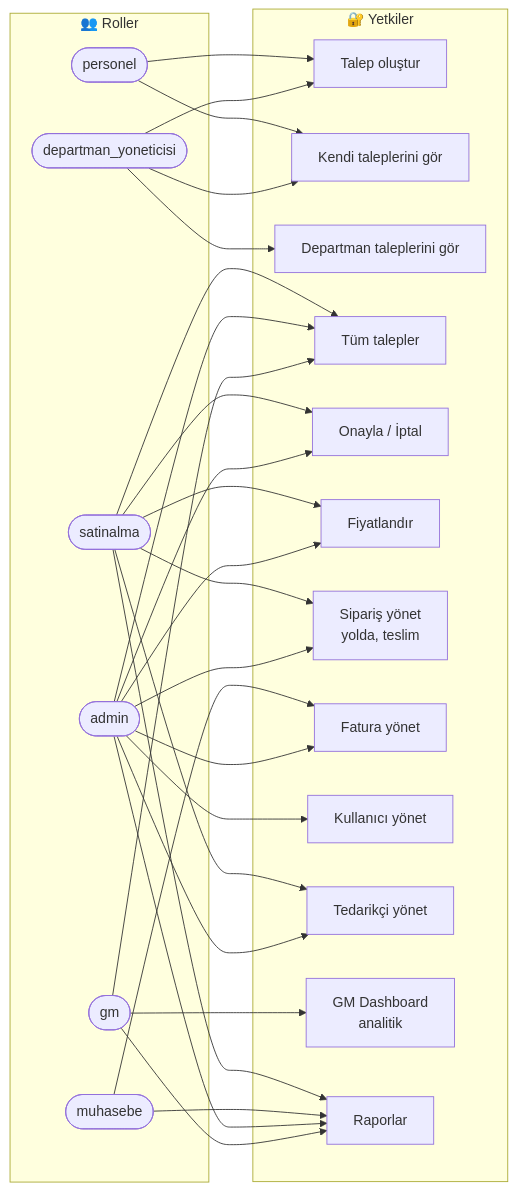
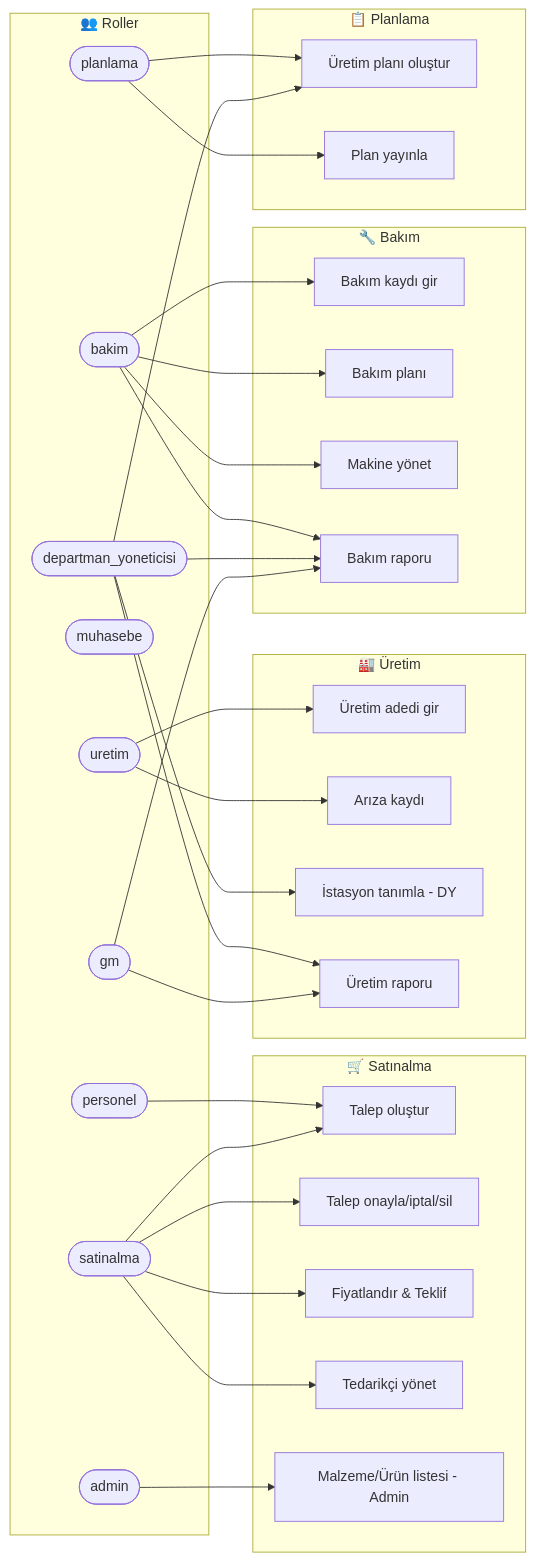
Before and after one commit to Erlau-Proje/erlau-app: the seventh of 10 diagrams in SISTEM_AKISI.md, drawn with Mermaid. The commit also changed other lines of this file and 1 other file, not shown here.

First line of the commit message:
Büyük genişleme planı: görevler ve sistem akışı diyagramları

````diff
--- a/SISTEM_AKISI.md
+++ b/SISTEM_AKISI.md
@@ -51,56 +186,65 @@
 ```mermaid
 flowchart LR
     subgraph ROLLER["👥 Roller"]
         P([personel])
         DY([departman_yoneticisi])
         SA([satinalma])
         MH([muhasebe])
+        BK([bakim])
+        UR([uretim])
+        PL([planlama])
         AD([admin])
         GM([gm])
     end
 
-    subgraph YETKILER["🔐 Yetkiler"]
-        T1[Talep oluştur]
-        T2[Kendi taleplerini gör]
-        T3[Departman taleplerini gör]
-        T4[Tüm talepler]
-        T5[Onayla / İptal]
-        T6[Fiyatlandır]
-        T7[Sipariş yönet\nyolda, teslim]
-        T8[Fatura yönet]
-        T9[Kullanıcı yönet]
-        T10[Tedarikçi yönet]
-        T11[GM Dashboard\nanalitik]
-        T12[Raporlar]
+    subgraph SATINALMA["🛒 Satınalma"]
+        S1[Talep oluştur]
+        S2[Talep onayla/iptal/sil]
+        S3[Fiyatlandır & Teklif]
+        S4[Tedarikçi yönet]
+        S5[Malzeme/Ürün listesi - Admin]
     end
 
-    P --> T1
-    P --> T2
+    subgraph URETIM["🏭 Üretim"]
+        U1[Üretim adedi gir]
+        U2[Arıza kaydı]
+        U3[İstasyon tanımla - DY]
+        U4[Üretim raporu]
+    end
 
-    DY --> T1
-    DY --> T2
-    DY --> T3
+    subgraph BAKIM["🔧 Bakım"]
+        B1[Bakım kaydı gir]
+        B2[Bakım planı]
+        B3[Makine yönet]
+        B4[Bakım raporu]
+    end
 
-    SA --> T4
-    SA --> T5
-    SA --> T6
-    SA --> T7
-    SA --> T10
-    SA --> T12
+    subgraph PLANLAMA["📋 Planlama"]
+        L1[Üretim planı oluştur]
+        L2[Plan yayınla]
+    end
 
-    MH --> T8
-    MH --> T12
+    P --> S1
+    SA --> S1
+    SA --> S2
+    SA --> S3
+    SA --> S4
+    AD --> S5
 
-    AD --> T4
-    AD --> T5
-    AD --> T6
-    AD --> T7
-    AD --> T8
-    AD --> T9
-    AD --> T10
-    AD --> T12
+    UR --> U1
+    UR --> U2
+    DY --> U3
+    DY --> U4
+    GM --> U4
 
-    GM --> T4
-    GM --> T11
-    GM --> T12
+    BK --> B1
+    BK --> B2
+    BK --> B3
+    BK --> B4
+    DY --> B4
+    GM --> B4
+
+    PL --> L1
+    PL --> L2
+    DY --> L1
 ```
````
